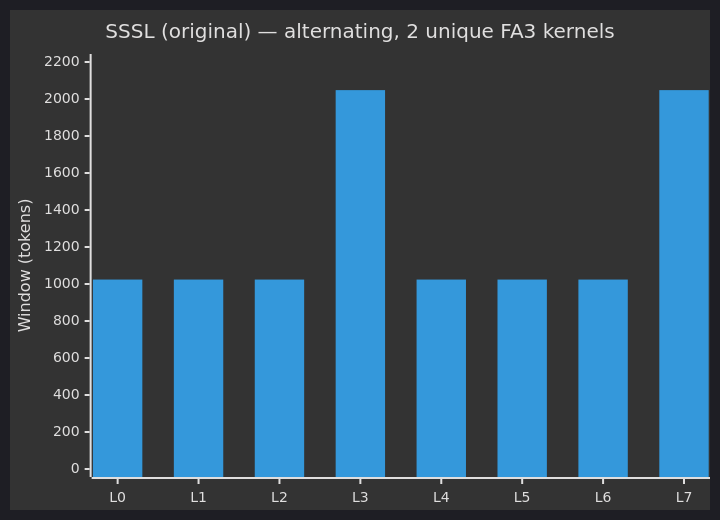
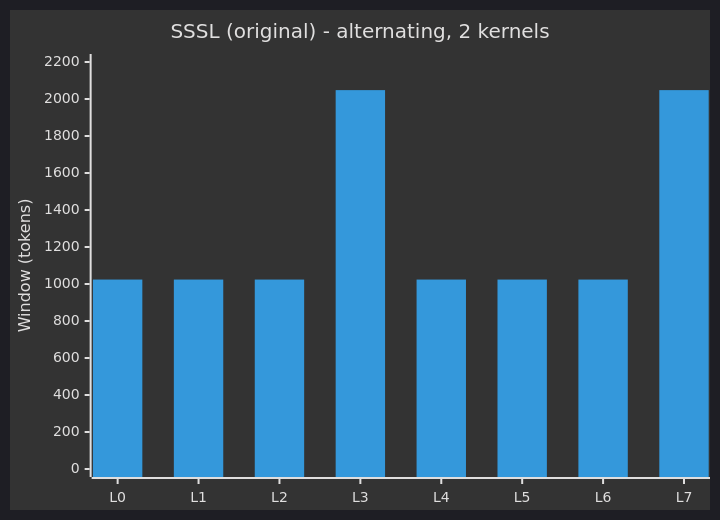
Before and after one commit to Hatajohn/autoresearch: the fourth of 5 diagrams in architecture.md, drawn with Mermaid. The commit also changed other lines of this file and 1 other file, not shown here.

First line of the commit message:
Make LOG the default window pattern; fix Mermaid syntax errors

````diff
--- a/architecture.md
+++ b/architecture.md
@@ -180,8 +180,8 @@
 ```mermaid
 %%{init: {'theme': 'dark'}}%%
 xychart-beta
-    title "SSSL  (original) — alternating, 2 unique FA3 kernels"
+    title "SSSL (original) - alternating, 2 kernels"
     x-axis ["L0", "L1", "L2", "L3", "L4", "L5", "L6", "L7"]
     y-axis "Window (tokens)" 0 --> 2200
     bar  [1024, 1024, 1024, 2048, 1024, 1024, 1024, 2048]
 ```
````
